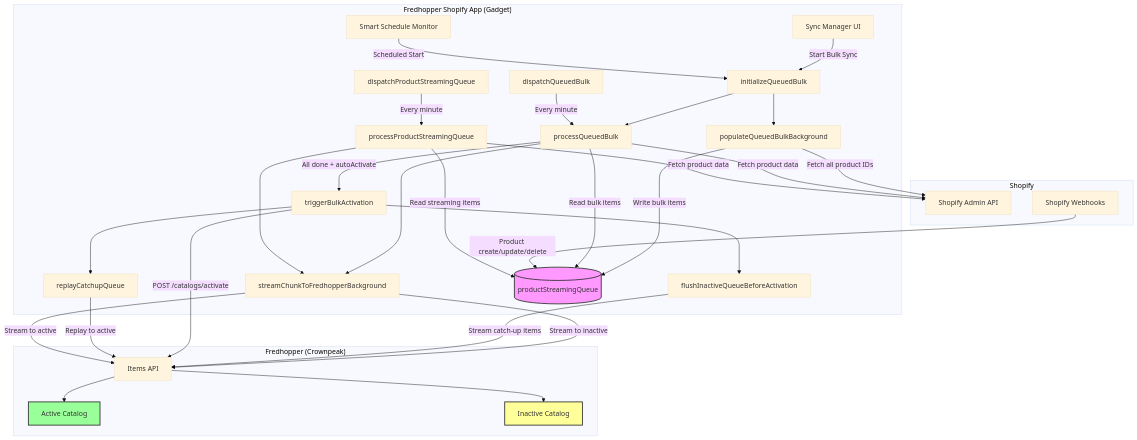
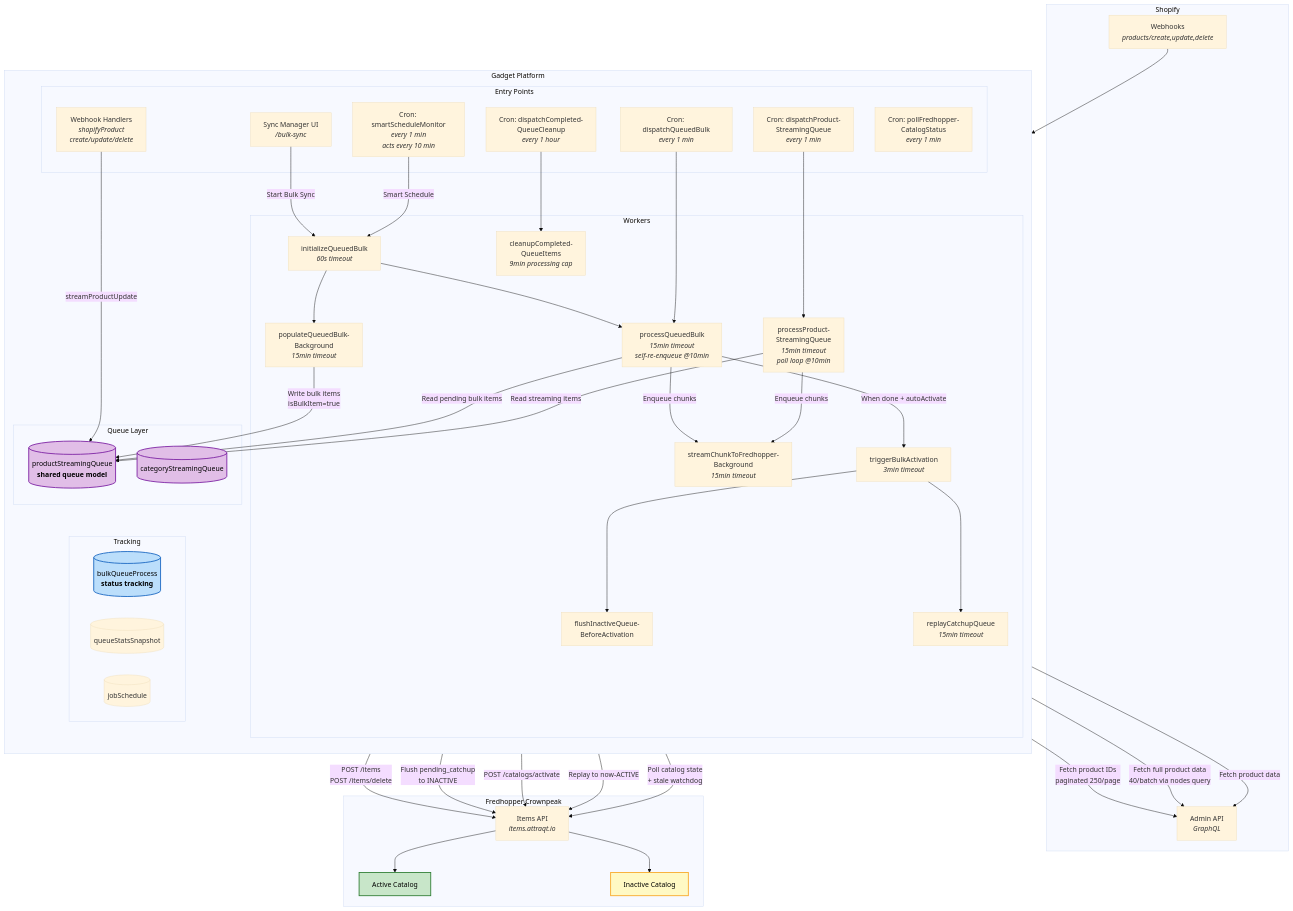
Before and after one commit to Crownpeak/best-practices: the first of 18 diagrams in fredhopper/fhr-shopify-app/architecture/README.md, drawn with Mermaid (base theme). The commit also changed other lines of this file and 1 other file, not shown here.

First line of the commit message:
docs: 📝 update README with improved architecture overview and diagram adjustments

````diff
--- a/fredhopper/fhr-shopify-app/architecture/README.md
+++ b/fredhopper/fhr-shopify-app/architecture/README.md
@@ -32,61 +29,83 @@
 ```mermaid
 graph TB
-    subgraph Shopify
-        S_API[Shopify Admin API]
-        S_WH[Shopify Webhooks]
+    subgraph "Shopify"
+        S_ADMIN["Admin API<br/><i>GraphQL</i>"]
+        S_HOOKS["Webhooks<br/><i>products/create,update,delete</i>"]
     end
 
-    subgraph App ["Fredhopper Shopify App (Gadget)"]
-        SM[Sync Manager UI]
-        SCH[Smart Schedule Monitor]
-        INIT[initializeQueuedBulk]
-        POP[populateQueuedBulkBackground]
-        PROC_B[processQueuedBulk]
-        PROC_S[processProductStreamingQueue]
-        DISP_S[dispatchProductStreamingQueue]
-        DISP_B[dispatchQueuedBulk]
-        ACT[triggerBulkActivation]
-        REPLAY[replayCatchupQueue]
-        FLUSH[flushInactiveQueueBeforeActivation]
-        STREAM[streamChunkToFredhopperBackground]
-        PSQ[(productStreamingQueue)]
+    subgraph "Gadget Platform"
+        direction TB
+        subgraph "Entry Points"
+            UI["Sync Manager UI<br/><i>/bulk-sync</i>"]
+            CRON_S["Cron: dispatchProduct-<br/>StreamingQueue<br/><i>every 1 min</i>"]
+            CRON_B["Cron: dispatchQueuedBulk<br/><i>every 1 min</i>"]
+            CRON_M["Cron: smartScheduleMonitor<br/><i>every 1 min<br/>acts every 10 min</i>"]
+            CRON_P["Cron: pollFredhopper-<br/>CatalogStatus<br/><i>every 1 min</i>"]
+            CRON_C["Cron: dispatchCompleted-<br/>QueueCleanup<br/><i>every 1 hour</i>"]
+            WH_HANDLER["Webhook Handlers<br/><i>shopifyProduct<br/>create/update/delete</i>"]
+        end
+
+        subgraph "Queue Layer"
+            PSQ[("productStreamingQueue<br/><b>shared queue model</b>")]
+            CSQ[("categoryStreamingQueue")]
+        end
+
+        subgraph "Workers"
+            INIT["initializeQueuedBulk<br/><i>60s timeout</i>"]
+            POP["populateQueuedBulk-<br/>Background<br/><i>15min timeout</i>"]
+            PROC_B["processQueuedBulk<br/><i>15min timeout<br/>self-re-enqueue @10min</i>"]
+            PROC_S["processProduct-<br/>StreamingQueue<br/><i>15min timeout<br/>poll loop @10min</i>"]
+            STREAM["streamChunkToFredhopper-<br/>Background<br/><i>15min timeout</i>"]
+            ACT["triggerBulkActivation<br/><i>3min timeout</i>"]
+            FLUSH["flushInactiveQueue-<br/>BeforeActivation"]
+            REPLAY["replayCatchupQueue<br/><i>15min timeout</i>"]
+            CLEANUP["cleanupCompleted-<br/>QueueItems<br/><i>9min processing cap</i>"]
+        end
+
+        subgraph "Tracking"
+            BQP[("bulkQueueProcess<br/><b>status tracking</b>")]
+            QSS[("queueStatsSnapshot")]
+            JS[("jobSchedule")]
+        end
     end
 
-    subgraph Fredhopper ["Fredhopper (Crownpeak)"]
-        CAT_A[Active Catalog]
-        CAT_I[Inactive Catalog]
-        ITEMS_API[Items API]
+    subgraph "Fredhopper Crownpeak"
+        FH_ITEMS["Items API<br/><i>items.attraqt.io</i>"]
+        FH_CAT_A["Active Catalog"]
+        FH_CAT_I["Inactive Catalog"]
     end
 
-    SM -->|Start Bulk Sync| INIT
-    SCH -->|Scheduled Start| INIT
+    S_HOOKS --> WH_HANDLER
+    WH_HANDLER -->|"streamProductUpdate"| PSQ
+    UI -->|"Start Bulk Sync"| INIT
+    CRON_M -->|"Smart Schedule"| INIT
     INIT --> POP
     INIT --> PROC_B
-    POP -->|Fetch all product IDs| S_API
-    POP -->|Write bulk items| PSQ
-    PROC_B -->|Read bulk items| PSQ
-    PROC_B -->|Fetch product data| S_API
-    PROC_B --> STREAM
-    STREAM -->|Stream to inactive| ITEMS_API
-    ITEMS_API --> CAT_I
-    PROC_B -->|All done + autoActivate| ACT
+    POP -->|"Fetch product IDs<br/>paginated 250/page"| S_ADMIN
+    POP -->|"Write bulk items<br/>isBulkItem=true"| PSQ
+    PROC_B -->|"Read pending bulk items"| PSQ
+    PROC_B -->|"Fetch full product data<br/>40/batch via nodes query"| S_ADMIN
+    PROC_B -->|"Enqueue chunks"| STREAM
+    STREAM -->|"POST /items<br/>POST /items/delete"| FH_ITEMS
+    FH_ITEMS --> FH_CAT_I
+    PROC_B -->|"When done + autoActivate"| ACT
     ACT --> FLUSH
-    FLUSH -->|Stream catch-up items| ITEMS_API
-    ACT -->|POST /catalogs/activate| ITEMS_API
+    FLUSH -->|"Flush pending_catchup<br/>to INACTIVE"| FH_ITEMS
+    ACT -->|"POST /catalogs/activate"| FH_ITEMS
     ACT --> REPLAY
-    REPLAY -->|Replay to active| ITEMS_API
-    ITEMS_API --> CAT_A
+    REPLAY -->|"Replay to now-ACTIVE"| FH_ITEMS
+    FH_ITEMS --> FH_CAT_A
+    CRON_S --> PROC_S
+    PROC_S -->|"Read streaming items"| PSQ
+    PROC_S -->|"Fetch product data"| S_ADMIN
+    PROC_S -->|"Enqueue chunks"| STREAM
+    CRON_B --> PROC_B
+    CRON_P -->|"Poll catalog state<br/>+ stale watchdog"| FH_ITEMS
+    CRON_C --> CLEANUP
 
-    S_WH -->|Product create/update/delete| PSQ
-    DISP_S -->|Every minute| PROC_S
-    PROC_S -->|Read streaming items| PSQ
-    PROC_S -->|Fetch product data| S_API
-    PROC_S --> STREAM
-    STREAM -->|Stream to active| ITEMS_API
-
-    DISP_B -->|Every minute| PROC_B
-
-    style PSQ fill:#f9f,stroke:#333,stroke-width:2px
-    style CAT_A fill:#9f9,stroke:#333,stroke-width:2px
-    style CAT_I fill:#ff9,stroke:#333,stroke-width:2px
+    style PSQ fill:#e1bee7,stroke:#7b1fa2,stroke-width:2px,color:#000
+    style CSQ fill:#e1bee7,stroke:#7b1fa2,stroke-width:2px,color:#000
+    style BQP fill:#bbdefb,stroke:#1565c0,stroke-width:2px,color:#000
+    style FH_CAT_A fill:#c8e6c9,stroke:#2e7d32,stroke-width:2px,color:#000
+    style FH_CAT_I fill:#fff9c4,stroke:#f9a825,stroke-width:2px,color:#000
 ```
````
